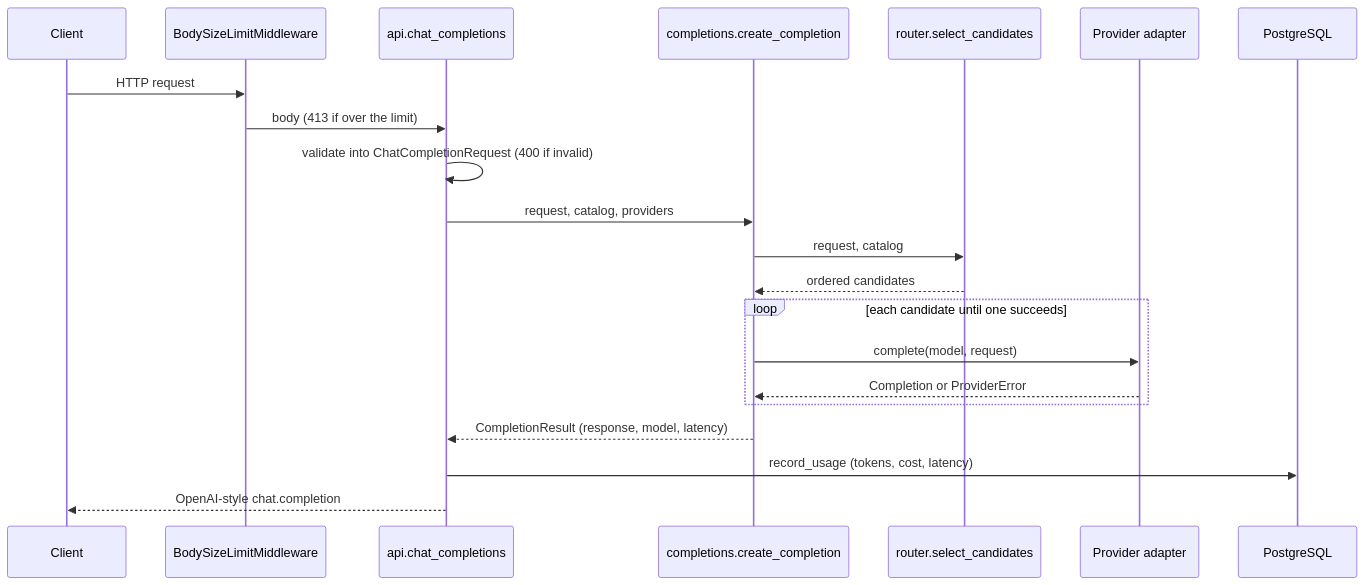
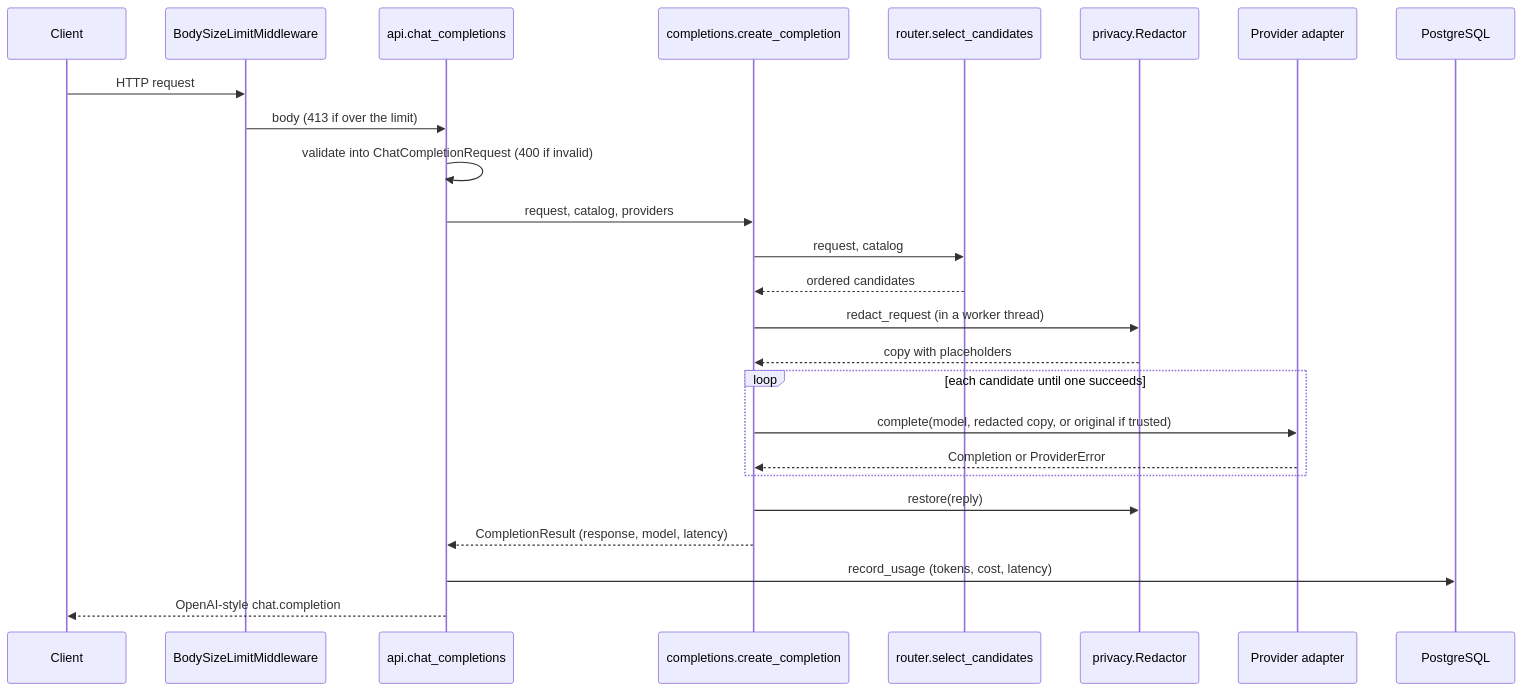
One commit to MoKarim146/secure-ai-gateway changed the diagram in docs/architecture.md. Above: the diagram before and after it, drawn with Mermaid. The commit also changed other lines of this file and 3 other files, not shown here.

````diff
--- a/docs/architecture.md
+++ b/docs/architecture.md
@@ -24,24 +26,28 @@
 ```mermaid
 sequenceDiagram
     participant C as Client
     participant M as BodySizeLimitMiddleware
     participant A as api.chat_completions
     participant X as completions.create_completion
     participant R as router.select_candidates
+    participant Y as privacy.Redactor
     participant P as Provider adapter
     participant D as PostgreSQL
 
     C->>M: HTTP request
     M->>A: body (413 if over the limit)
     A->>A: validate into ChatCompletionRequest (400 if invalid)
     A->>X: request, catalog, providers
     X->>R: request, catalog
     R-->>X: ordered candidates
+    X->>Y: redact_request (in a worker thread)
+    Y-->>X: copy with placeholders
     loop each candidate until one succeeds
-        X->>P: complete(model, request)
+        X->>P: complete(model, redacted copy, or original if trusted)
         P-->>X: Completion or ProviderError
     end
+    X->>Y: restore(reply)
     X-->>A: CompletionResult (response, model, latency)
     A->>D: record_usage (tokens, cost, latency)
     A-->>C: OpenAI-style chat.completion
 ```
````
